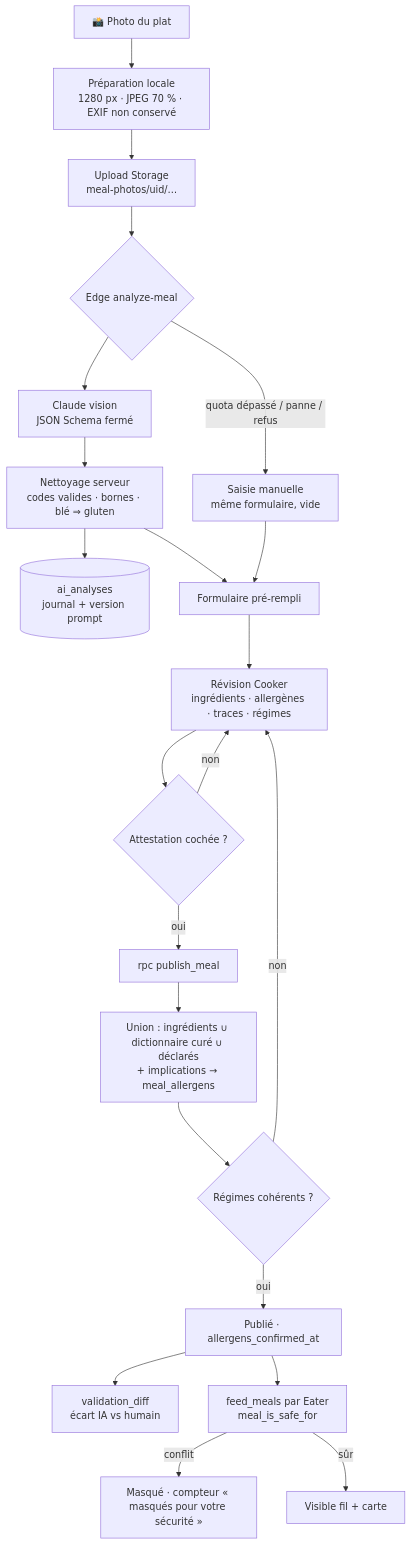
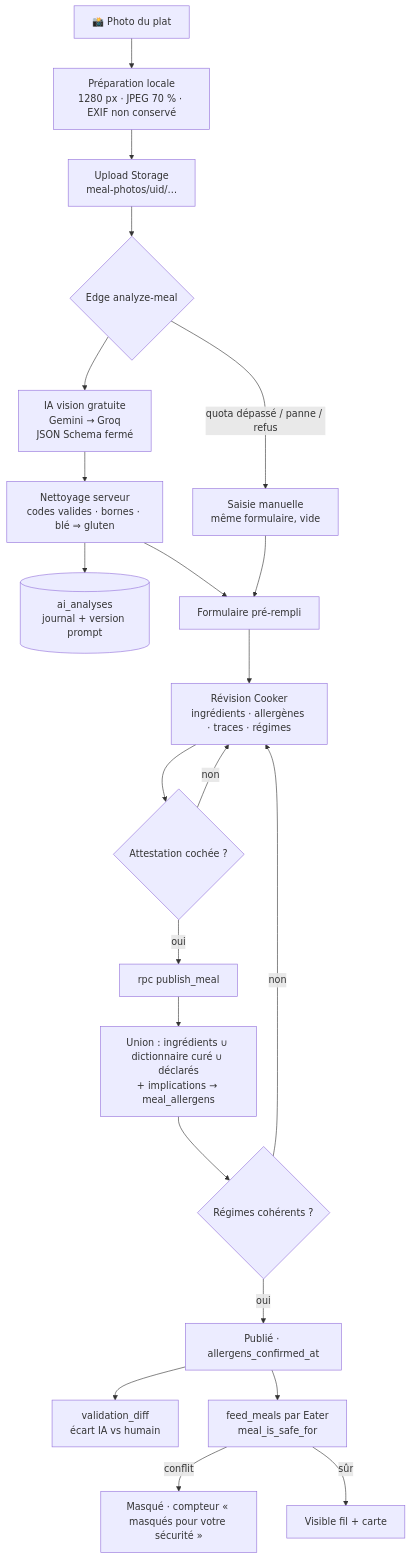
One commit to Themauritian1996/homemade changed the diagram in docs/03-ai-workflow.md. Above: the diagram before and after it, drawn with Mermaid. The commit also changed other lines of this file and 19 other files, not shown here.

First line of the commit message:
IA 100 % gratuite (Gemini, secours Groq), serveur déployé par GitHub, APK téléchargeable par tous

````diff
--- a/docs/03-ai-workflow.md
+++ b/docs/03-ai-workflow.md
@@ -6,24 +6,24 @@
 ```mermaid
 flowchart TD
   A[📸 Photo du plat] --> B[Préparation locale<br/>1280 px · JPEG 70 % · EXIF non conservé]
   B --> C[Upload Storage<br/>meal-photos/uid/…]
   C --> D{Edge analyze-meal}
   D -->|quota dépassé / panne / refus| M[Saisie manuelle<br/>même formulaire, vide]
-  D --> E[Claude vision<br/>JSON Schema fermé]
+  D --> E[IA vision gratuite<br/>Gemini → Groq<br/>JSON Schema fermé]
   E --> F[Nettoyage serveur<br/>codes valides · bornes · blé ⇒ gluten]
   F --> G[(ai_analyses<br/>journal + version prompt)]
   F --> H[Formulaire pré-rempli]
   M --> H
   H --> I[Révision Cooker<br/>ingrédients · allergènes · traces · régimes]
   I --> J{Attestation cochée ?}
   J -->|non| I
   J -->|oui| K[rpc publish_meal]
   K --> L[Union : ingrédients ∪ dictionnaire curé ∪ déclarés<br/>+ implications → meal_allergens]
   L --> N{Régimes cohérents ?}
   N -->|non| I
   N -->|oui| O[Publié · allergens_confirmed_at]
   O --> P[validation_diff<br/>écart IA vs humain]
   O --> Q[feed_meals par Eater<br/>meal_is_safe_for]
   Q -->|conflit| R[Masqué · compteur « masqués pour votre sécurité »]
   Q -->|sûr| S[Visible fil + carte]
 ```
````
